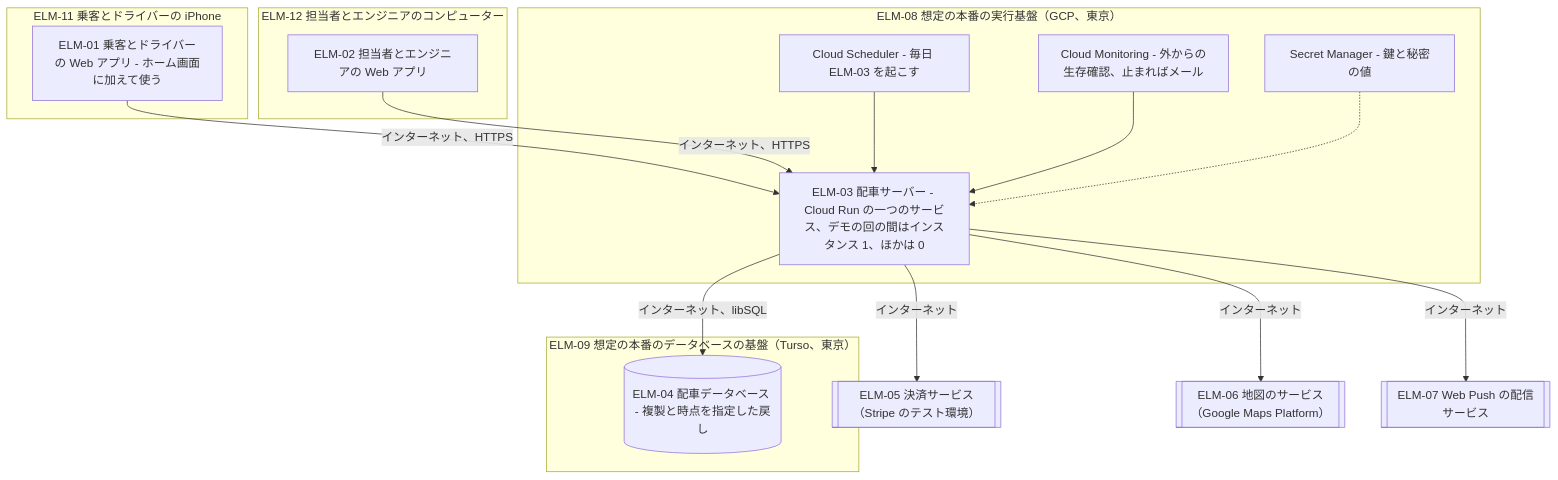
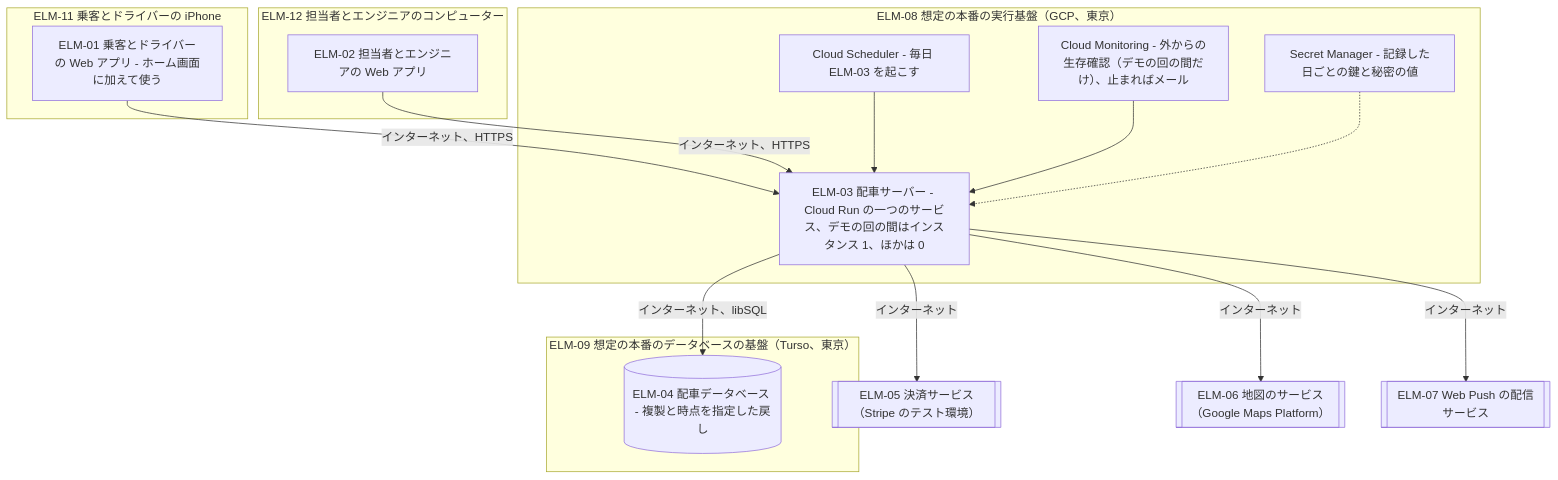
One commit to Taro000/ride-hailing-app-demo changed the fourth of 6 diagrams in docs/design/2-architecture.md. Above: the diagram before and after it, drawn with Mermaid. The commit also changed other lines of this file and 32 other files, not shown here.

First line of the commit message:
architecture-drivers-to-architecture: レビューの指摘 8 件を受け入れ、質問 4〜6 の回答を待つ

````diff
--- a/docs/design/2-architecture.md
+++ b/docs/design/2-architecture.md
@@ -441,30 +455,30 @@
 ```mermaid
 flowchart TB
   subgraph phone["ELM-11 乗客とドライバーの iPhone"]
     app["ELM-01 乗客とドライバーの Web アプリ - ホーム画面に加えて使う"]
   end
   subgraph pc["ELM-12 担当者とエンジニアのコンピューター"]
     con["ELM-02 担当者とエンジニアの Web アプリ"]
   end
   subgraph gcp["ELM-08 想定の本番の実行基盤（GCP、東京）"]
     srv["ELM-03 配車サーバー - Cloud Run の一つのサービス、デモの回の間はインスタンス 1、ほかは 0"]
     sch["Cloud Scheduler - 毎日 ELM-03 を起こす"]
-    sec["Secret Manager - 鍵と秘密の値"]
-    mon["Cloud Monitoring - 外からの生存確認、止まればメール"]
+    sec["Secret Manager - 記録した日ごとの鍵と秘密の値"]
+    mon["Cloud Monitoring - 外からの生存確認（デモの回の間だけ）、止まればメール"]
   end
   subgraph turso["ELM-09 想定の本番のデータベースの基盤（Turso、東京）"]
     db[("ELM-04 配車データベース - 複製と時点を指定した戻し")]
   end
   pay[["ELM-05 決済サービス（Stripe のテスト環境）"]]
   map[["ELM-06 地図のサービス（Google Maps Platform）"]]
   push[["ELM-07 Web Push の配信サービス"]]
   app -->|インターネット、HTTPS| srv
   con -->|インターネット、HTTPS| srv
   srv -->|インターネット、libSQL| db
   srv -->|インターネット| pay
   srv -->|インターネット| map
   srv -->|インターネット| push
   sch --> srv
   mon --> srv
   sec -.-> srv
 ```
````
